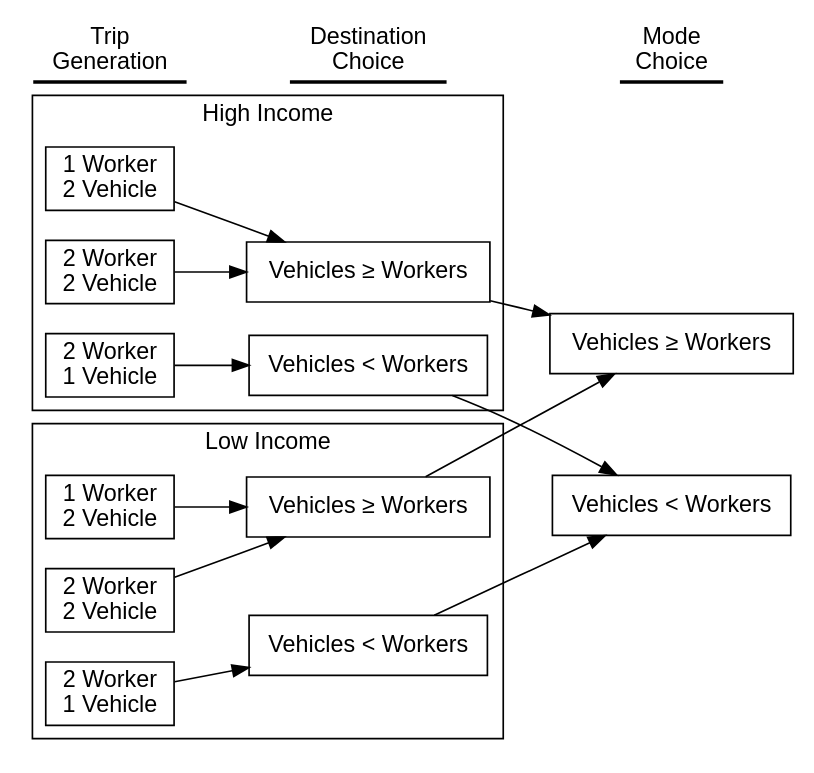
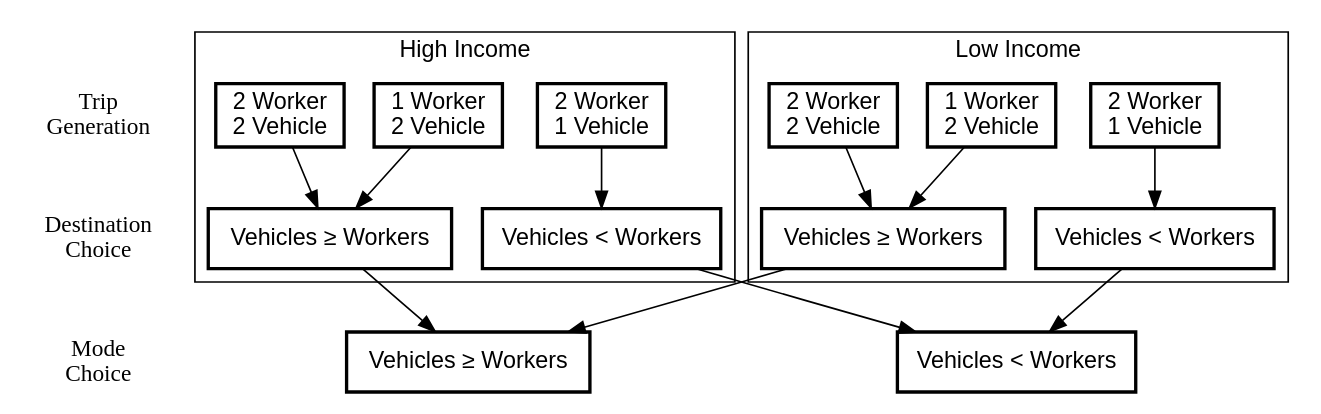
One commit to atchley-sha/thesis changed the diagram in data/example_flowchart_comparison/information_pipelines/aggregate.dot. Above: the diagram before and after it, drawn with Graphviz. The commit also changed 1 other file, not shown here.

Commit message:
add synthetic pipeline diagram

```diff
--- a/data/example_flowchart_comparison/information_pipelines/aggregate.dot
+++ b/data/example_flowchart_comparison/information_pipelines/aggregate.dot
@@ -1,53 +1,53 @@
 digraph  {
   
   outputorder=edgesfirst
   ordering=out
-  rankdir=LR
+  rankdir=TB
   fontname="Alte Haas Grotesk, sans-serif"
+  
+  node [shape=none, style=bold, fontname="Gentium Book Basic, serif"]
+  tg [label="Trip\nGeneration"]
+  dc [label="Destination\nChoice"]
+  mc [label="Mode\nChoice"]
+  
+  tg -> dc -> mc [style=invis] 
   
   node [shape=rectangle, fillcolor=white, fontname="Alte Haas Grotesk, sans-serif"]
   
   h2 [label="1 Worker\n2 Vehicle"]
   h3 [label="2 Worker\n2 Vehicle"]
   h4 [label="2 Worker\n1 Vehicle"]
   
   l2 [label="1 Worker\n2 Vehicle"]
   l3 [label="2 Worker\n2 Vehicle"]
   l4 [label="2 Worker\n1 Vehicle"]
 
   { node [label="Vehicles &ge; Workers"]
     hvw lvw vw
   }
   { node [label="Vehicles &lt; Workers"]
     hwv lwv wv
   }
   
   subgraph cluster_high {
     
     label="High Income"
     
     {h2 h3} -> hvw
     h4 -> hwv
     
   }
   
   subgraph cluster_low {
     
     label="Low Income"
     
     {l2 l3} -> lvw
     l4 -> lwv
     
   }
   
   {hwv lwv} -> wv
   {hvw lvw} -> vw
   
-  node [shape=underline, style=bold]
-  tg [label="Trip\nGeneration"]
-  dc [label="Destination\nChoice"]
-  mc [label="Mode\nChoice"]
-  
-  tg -> dc -> mc [style=invis] 
-  
 }
```
